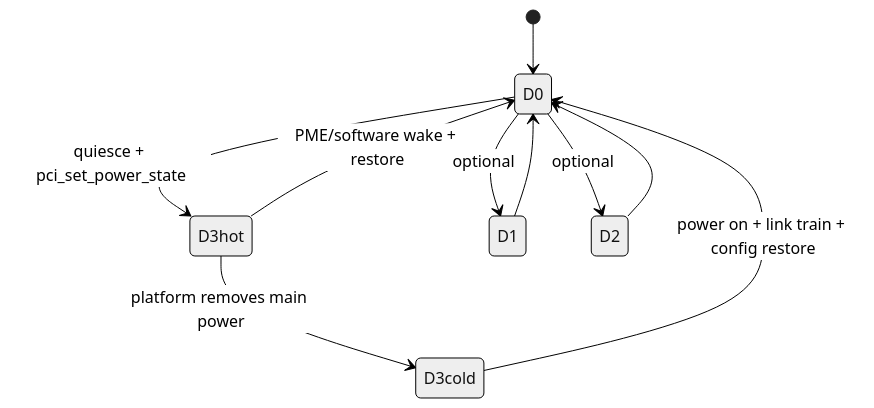
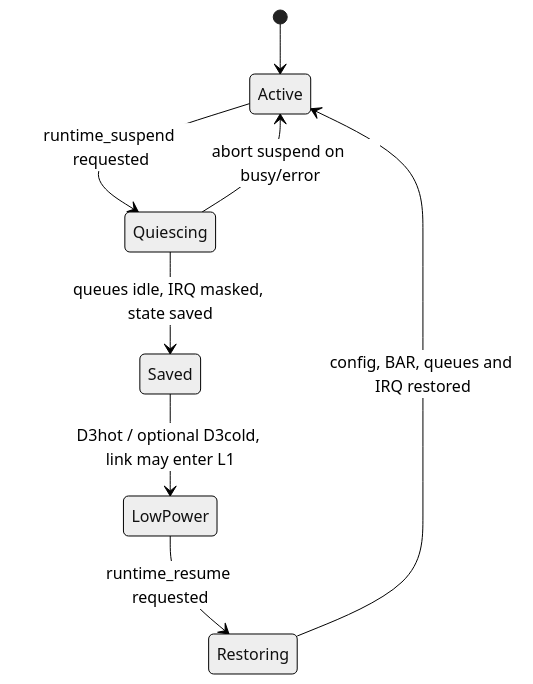
Before and after one commit to cdragon-ljl/EEandEdgeAI: the first of 3 diagrams in docs/articles/pcie/pci-11-power-aspm-clkreq-runtime-pm.md, drawn with Mermaid (neutral theme). The commit also changed other lines of this file and 4 other files, not shown here.

````diff
--- a/docs/articles/pcie/pci-11-power-aspm-clkreq-runtime-pm.md
+++ b/docs/articles/pcie/pci-11-power-aspm-clkreq-runtime-pm.md
@@ -85,12 +23,10 @@
 ```mermaid
 stateDiagram-v2
-    [*] --> D0
-    D0 --> D3hot: quiesce + pci_set_power_state
-    D3hot --> D0: PME/software wake + restore
-    D3hot --> D3cold: platform removes main power
-    D3cold --> D0: power on + link train + config restore
-    D0 --> D1: optional
-    D1 --> D0
-    D0 --> D2: optional
-    D2 --> D0
+    [*] --> Active
+    Active --> Quiescing: runtime_suspend requested
+    Quiescing --> Saved: queues idle, IRQ masked, state saved
+    Saved --> LowPower: D3hot / optional D3cold, link may enter L1
+    LowPower --> Restoring: runtime_resume requested
+    Restoring --> Active: config, BAR, queues and IRQ restored
+    Quiescing --> Active: abort suspend on busy/error
 ```
````
